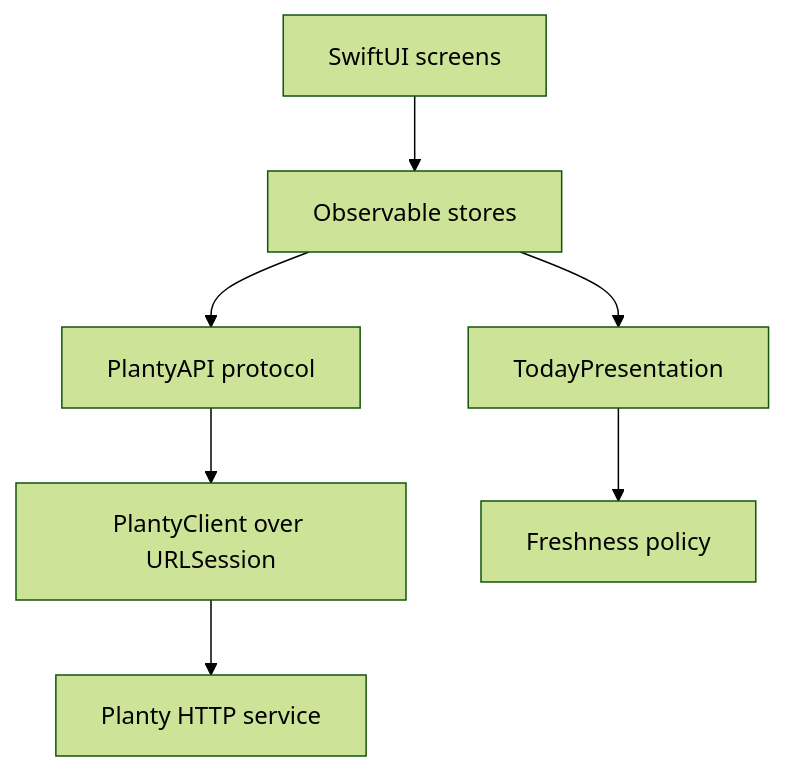
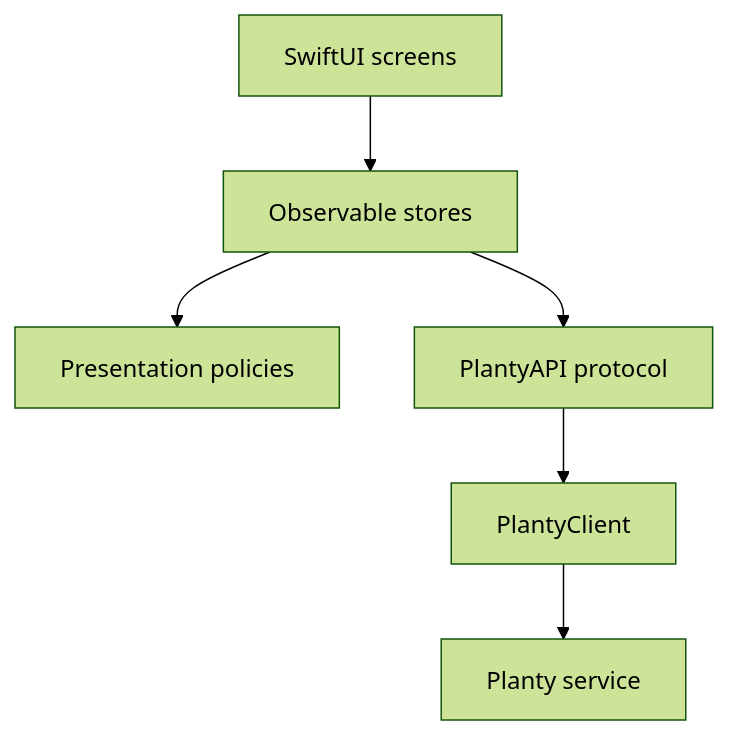
One commit to TheOutdoorProgrammer/planty changed the diagram in ios/README.md. Above: the diagram before and after it, drawn with Mermaid (forest theme). The commit also changed other lines of this file and 20 other files, not shown here.

Commit message:
docs: reconcile shipped behavior and roadmap

````diff
--- a/ios/README.md
+++ b/ios/README.md
@@ -54,9 +47,8 @@
 ```mermaid
 graph TD
   Views[SwiftUI screens] --> Stores[Observable stores]
-  Stores --> Presentation[TodayPresentation]
+  Stores --> Presentation[Presentation policies]
   Stores --> API[PlantyAPI protocol]
-  API --> Client[PlantyClient over URLSession]
-  Client --> Service[Planty HTTP service]
-  Presentation --> Freshness[Freshness policy]
+  API --> Client[PlantyClient]
+  Client --> Service[Planty service]
 ```
````
